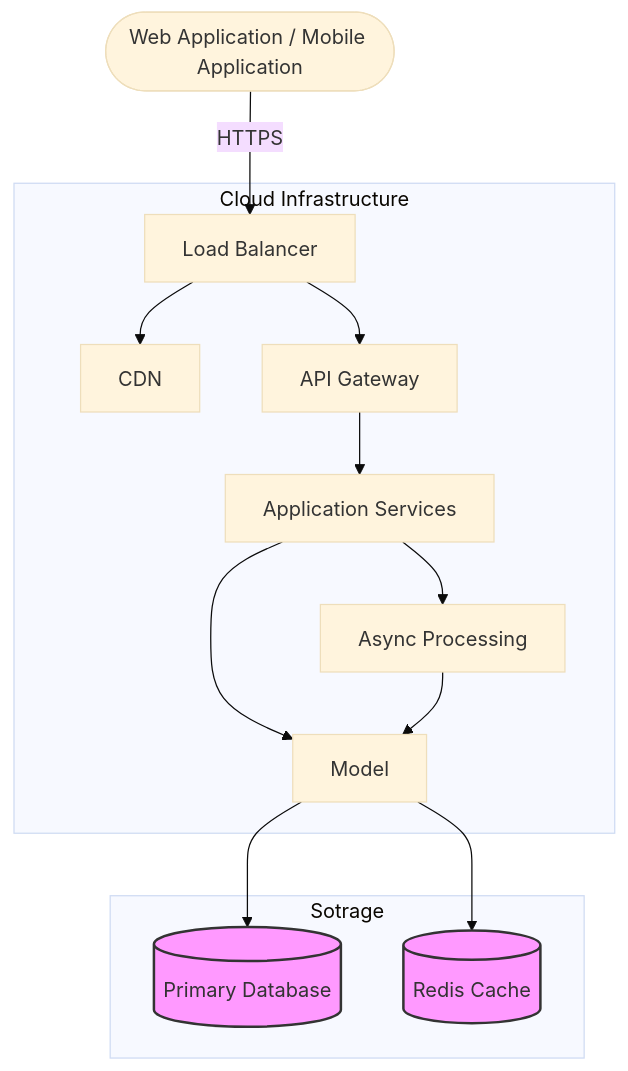
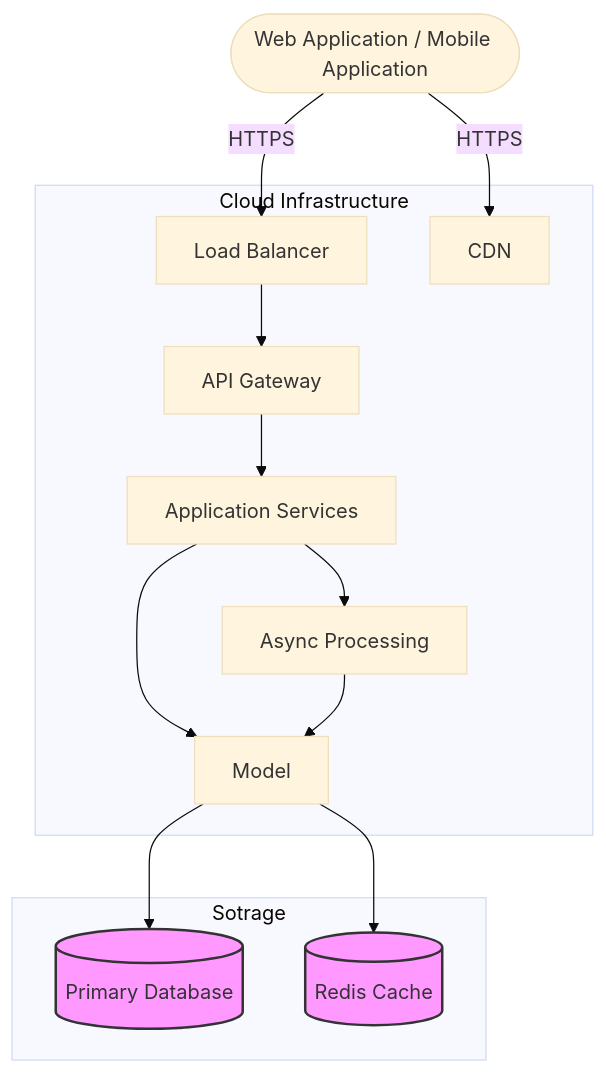
One commit to Enfrai/800.2_English_Club changed the diagram in docs/system_design/architeture.md. Above: the diagram before and after it, drawn with Mermaid (base theme).

Commit message:
update architecture diagram

````diff
--- a/docs/system_design/architeture.md
+++ b/docs/system_design/architeture.md
@@ -5,27 +5,29 @@
 ```mermaid
 graph TD
     %% Styling and layout
     Client([Web Application / Mobile Application]) -->|HTTPS| LoadBalancer[Load Balancer]
+
+    Client --> |HTTPS| CDN
     
     subgraph Cloud Infrastructure
-        LoadBalancer --> CDN[CDN]
+        CDN[CDN]
 
         LoadBalancer --> APIGateway[API Gateway]
         APIGateway --> ApplicationService[Application Services]
         
         ApplicationService --> Model[Model]
 
 
         ApplicationService --> AsyncProcessing[Async Processing]
 
         AsyncProcessing --> Model
     end
 
     subgraph Sotrage
         Model --> DB[(Primary Database)]
         Model --> Cache[(Redis Cache)]
     end
 
     classDef database fill:#f9f,stroke:#333,stroke-width:2px;
     class DB,Cache database;
 ```
````
